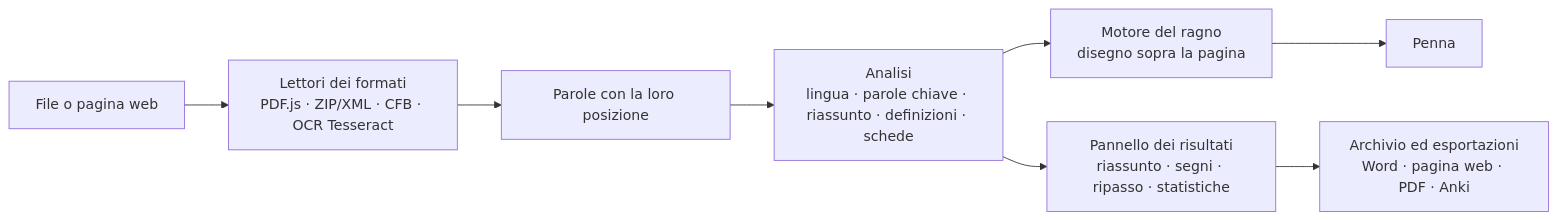
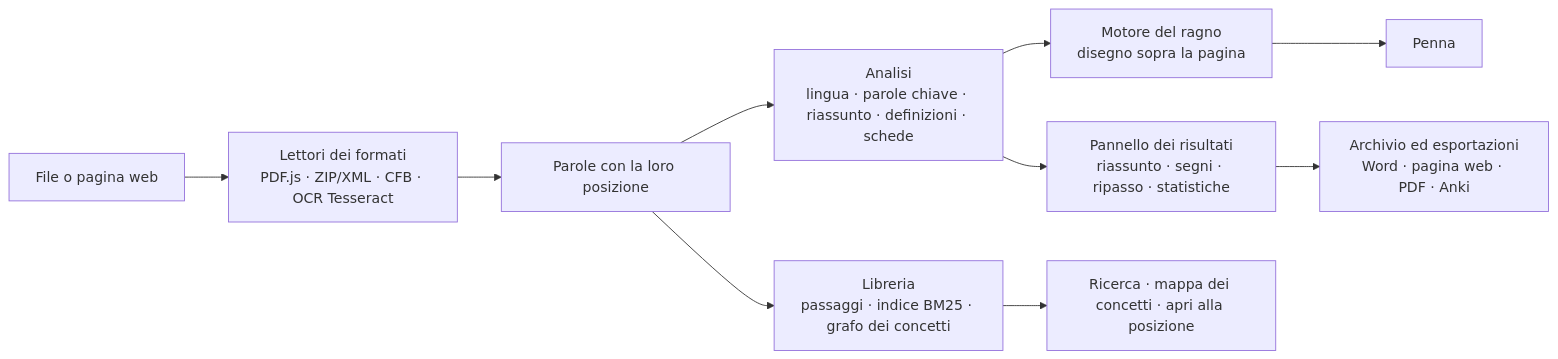
One commit to davide0707/word-crawler changed the diagram in README.it.md. Above: the diagram before and after it, drawn with Mermaid. The commit also changed other lines of this file and 11 other files, not shown here.

````diff
--- a/README.it.md
+++ b/README.it.md
@@ -74,10 +95,12 @@
 ```mermaid
 flowchart LR
   A[File o pagina web] --> B[Lettori dei formati<br/>PDF.js · ZIP/XML · CFB · OCR Tesseract]
   B --> C[Parole con la loro posizione]
   C --> D[Analisi<br/>lingua · parole chiave · riassunto · definizioni · schede]
   D --> E[Motore del ragno<br/>disegno sopra la pagina]
   D --> F[Pannello dei risultati<br/>riassunto · segni · ripasso · statistiche]
   E --> G[Penna]
   F --> H[Archivio ed esportazioni<br/>Word · pagina web · PDF · Anki]
+  C --> L[Libreria<br/>passaggi · indice BM25 · grafo dei concetti]
+  L --> M[Ricerca · mappa dei concetti · apri alla posizione]
 ```
````
